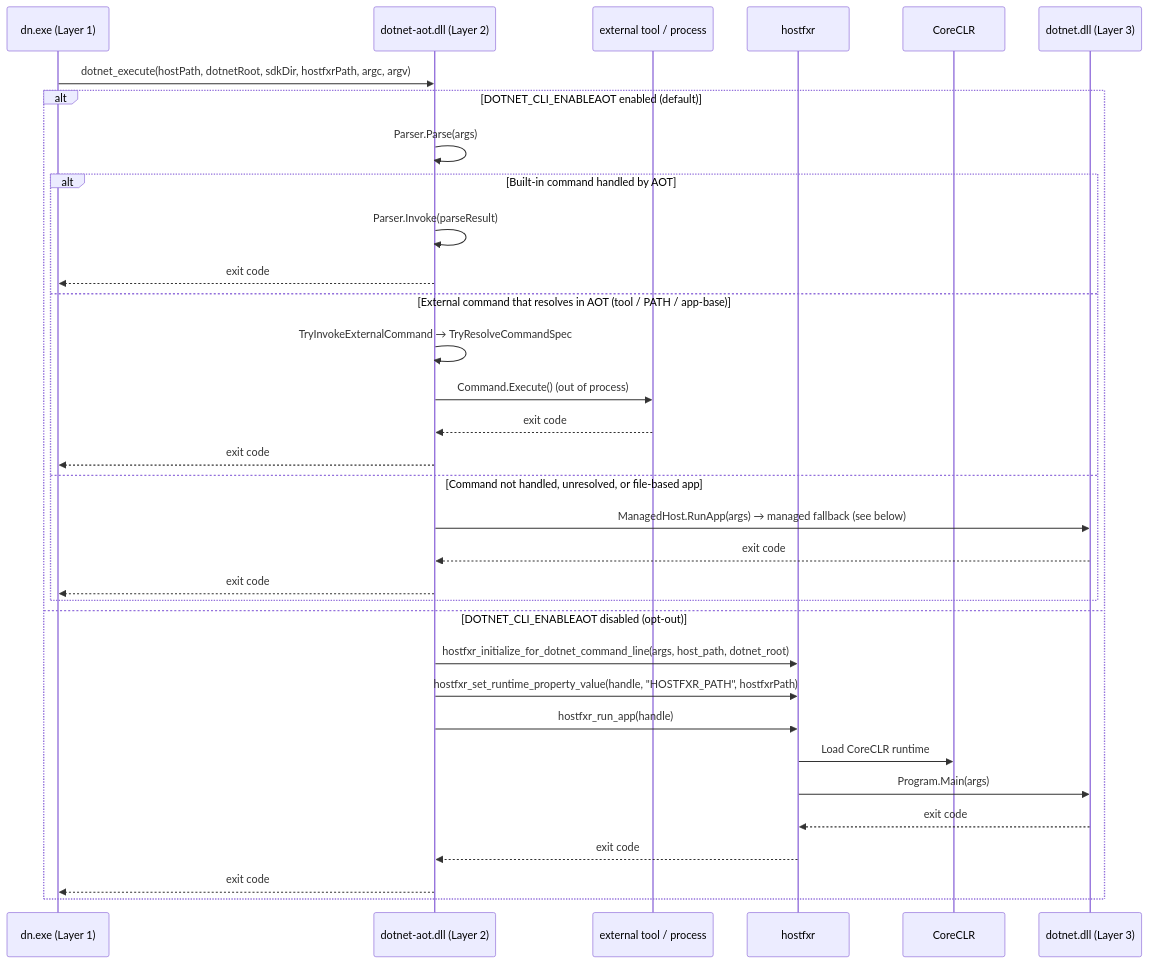
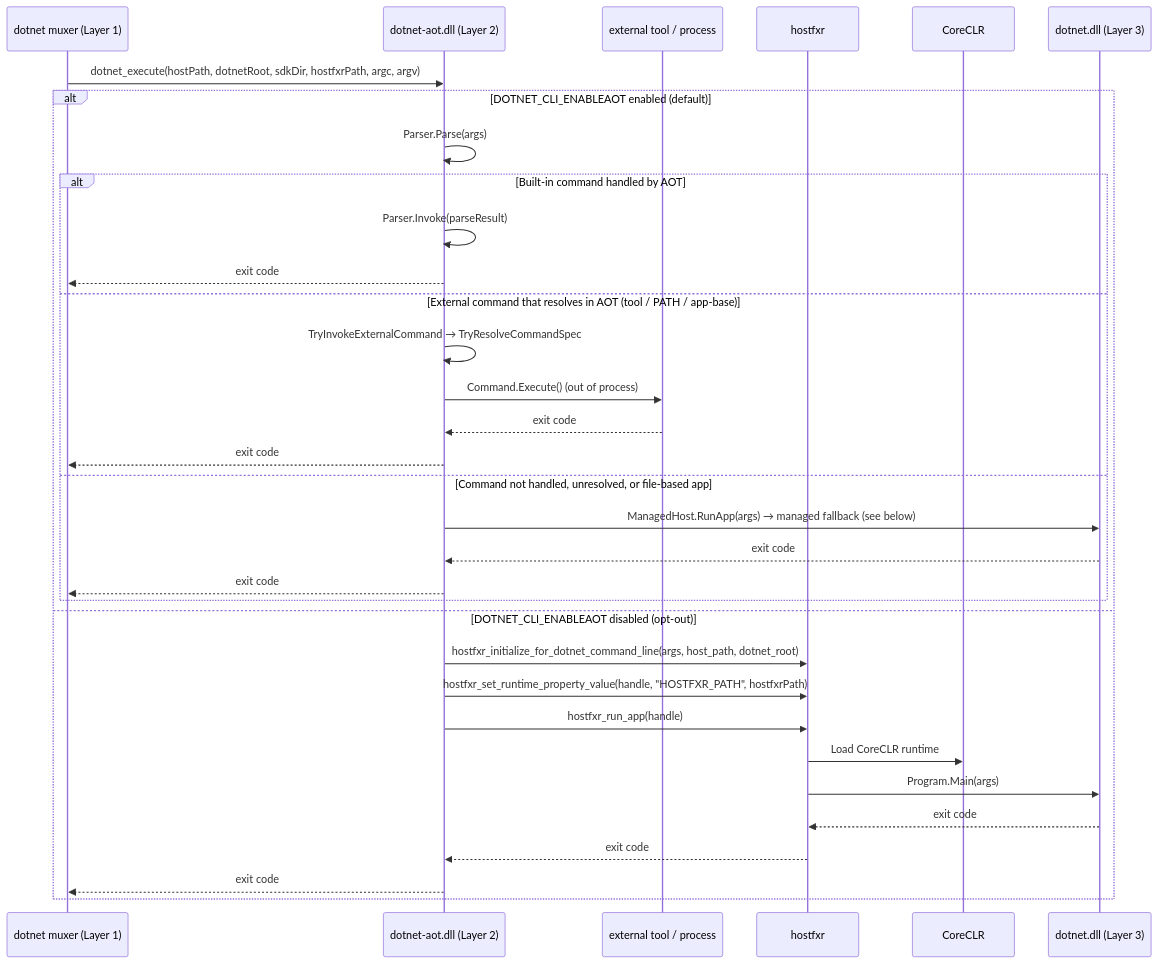
Before and after one commit to dotnet/sdk: the second of 6 diagrams in src/Cli/dotnet-aot/DESIGN.md, drawn with Mermaid. The commit also changed other lines of this file and 1 other file, not shown here.

````diff
--- a/src/Cli/dotnet-aot/DESIGN.md
+++ b/src/Cli/dotnet-aot/DESIGN.md
@@ -151,37 +174,37 @@
 ```mermaid
 sequenceDiagram
-    participant dn as dn.exe (Layer 1)
+    participant dn as dotnet muxer (Layer 1)
     participant aot as dotnet-aot.dll (Layer 2)
     participant tool as external tool / process
     participant hfxr as hostfxr
     participant clr as CoreCLR
     participant cli as dotnet.dll (Layer 3)
 
     dn->>aot: dotnet_execute(hostPath, dotnetRoot, sdkDir, hostfxrPath, argc, argv)
 
     alt DOTNET_CLI_ENABLEAOT enabled (default)
         aot->>aot: Parser.Parse(args)
         alt Built-in command handled by AOT
             aot->>aot: Parser.Invoke(parseResult)
             aot-->>dn: exit code
         else External command that resolves in AOT (tool / PATH / app-base)
             aot->>aot: TryInvokeExternalCommand → TryResolveCommandSpec
             aot->>tool: Command.Execute() (out of process)
             tool-->>aot: exit code
             aot-->>dn: exit code
         else Command not handled, unresolved, or file-based app
             aot->>cli: ManagedHost.RunApp(args) → managed fallback (see below)
             cli-->>aot: exit code
             aot-->>dn: exit code
         end
     else DOTNET_CLI_ENABLEAOT disabled (opt-out)
         aot->>hfxr: hostfxr_initialize_for_dotnet_command_line(args, host_path, dotnet_root)
         aot->>hfxr: hostfxr_set_runtime_property_value(handle, "HOSTFXR_PATH", hostfxrPath)
         aot->>hfxr: hostfxr_run_app(handle)
         hfxr->>clr: Load CoreCLR runtime
         hfxr->>cli: Program.Main(args)
         cli-->>hfxr: exit code
         hfxr-->>aot: exit code
         aot-->>dn: exit code
     end
 ```
````
